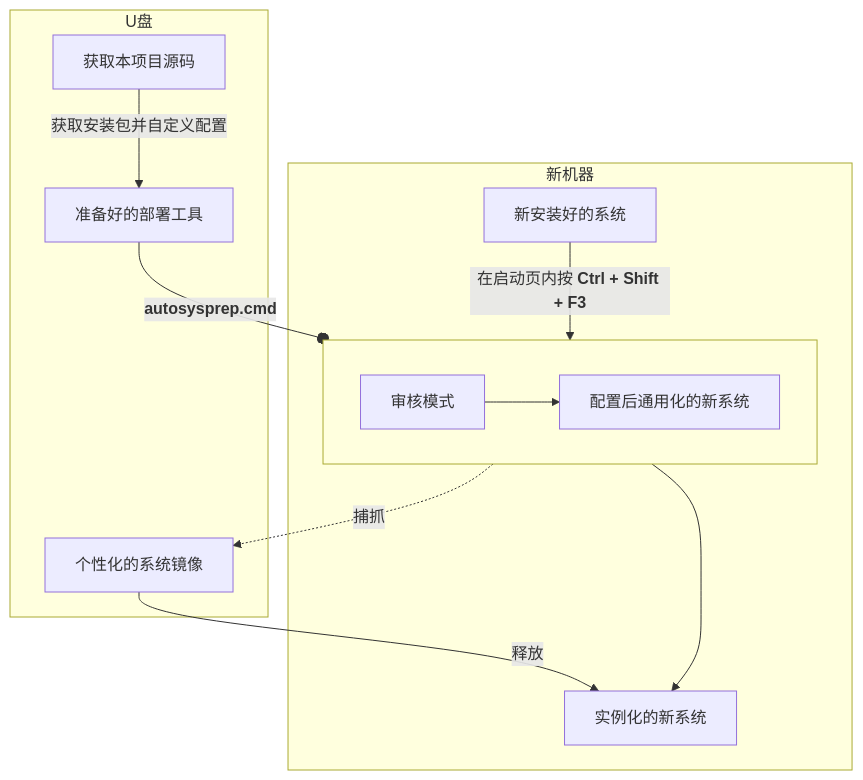
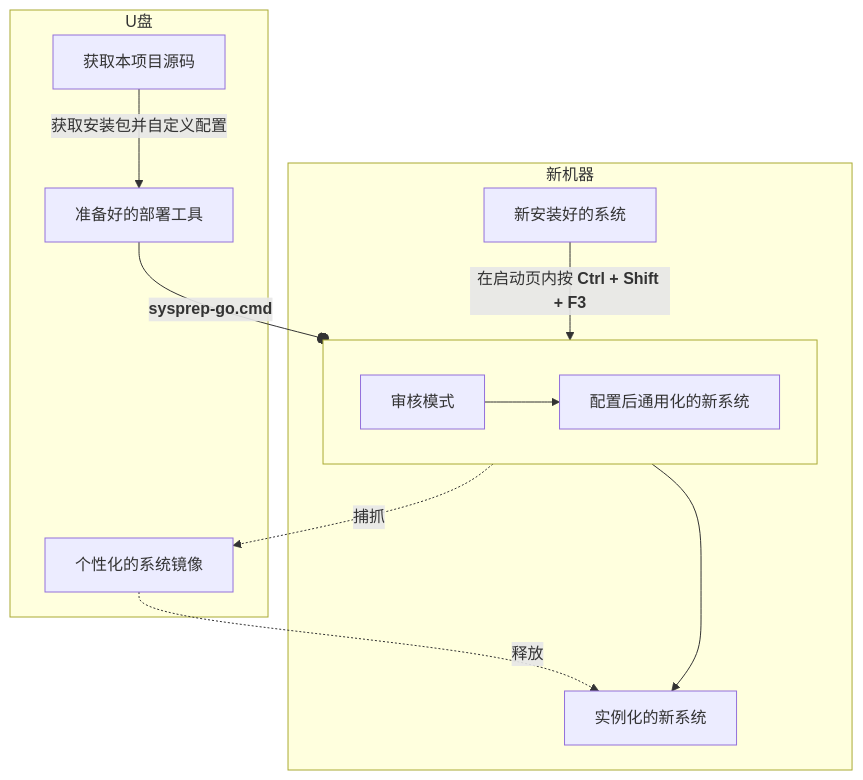
Before and after one commit to neo-sam/mysysprep: the first of 2 diagrams in README_ZH.md, drawn with Mermaid. The commit also changed other lines of this file and 142 other files, not shown here.

````diff
--- a/README_ZH.md
+++ b/README_ZH.md
@@ -16,18 +16,18 @@
 ```mermaid
 flowchart TD
   subgraph target [新机器]
     newsys[新安装好的系统] -- 在启动页内按 <b>Ctrl + Shift + F3</b> --> auditmode[审核模式]
     subgraph sysprep [ ]
       direction LR
       auditmode --> generlized[配置后通用化的新系统]
     end
     instance[实例化的新系统]
   end
   subgraph U盘
     fetch[获取本项目源码] -- 获取安装包并自定义配置 --> bundle[准备好的部署工具]
     generlized -. 捕抓 .-> image[个性化的系统镜像]
   end
-  bundle -- <b>autosysprep.cmd</b> --o sysprep
+  bundle -- <b>sysprep-go.cmd</b> --o sysprep
   generlized --> instance
-  image -- 释放 --> instance
+  image -. 释放 .-> instance
 ```
````
